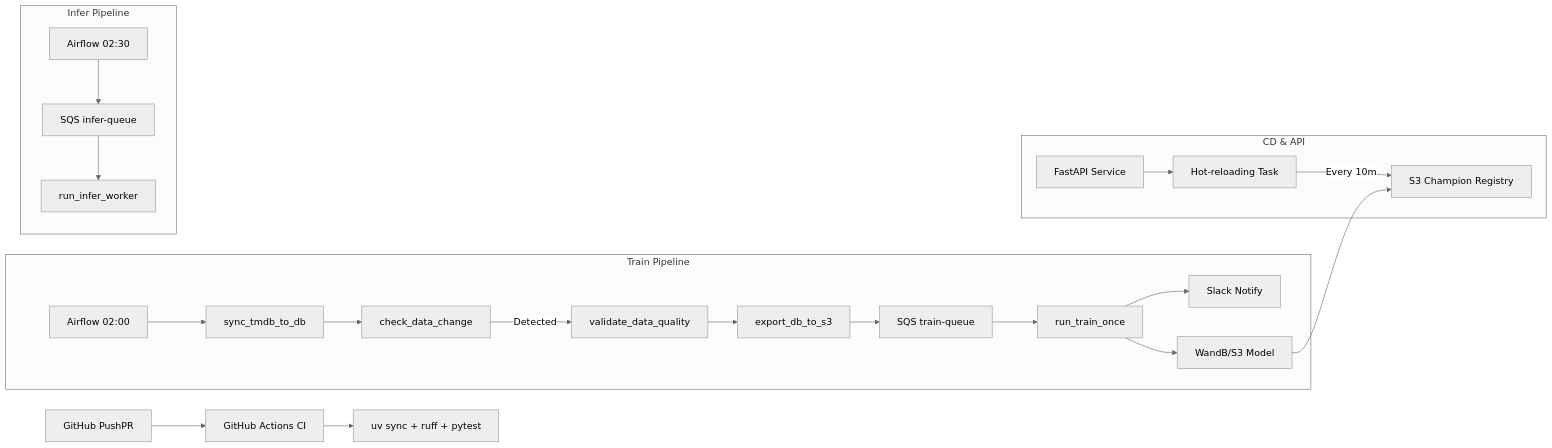
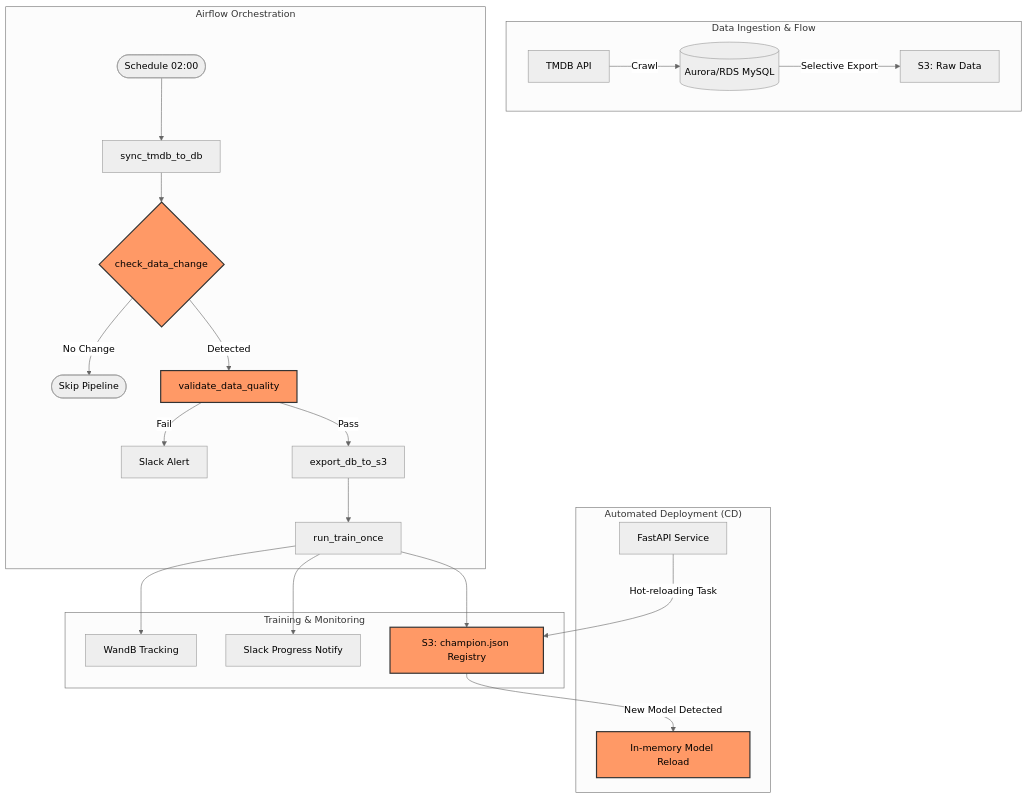
One commit to AIBootcamp24th/mlops-mlops-team-3 changed the diagram in README.md. Above: the diagram before and after it, drawn with Mermaid (neutral theme). The commit also changed other lines of this file, not shown here.

Commit message:
docs: replace README with specialized MLOps pipeline documentation

````diff
--- a/README.md
+++ b/README.md
@@ -56,27 +7,31 @@
 ```mermaid
-graph LR
-  gitPush[GitHub PushPR] --> ci[GitHub Actions CI]
-  ci --> ciCheck[uv sync + ruff + pytest]
-  
-  subgraph Train Pipeline
-    trainSchedule[Airflow 02:00] --> syncDb[sync_tmdb_to_db]
-    syncDb --> checkChange[check_data_change]
-    checkChange -- "Detected" --> valQual[validate_data_quality]
-    valQual --> exportS3[export_db_to_s3]
-    exportS3 --> trainQueue[SQS train-queue]
-    trainQueue --> trainWorker[run_train_once]
-    trainWorker --> slack[Slack Notify]
-    trainWorker --> wandb[WandB/S3 Model]
-  end
+graph TD
+    subgraph "Data Ingestion & Flow"
+        TMDB[TMDB API] -- "Crawl" --> RDS[(Aurora/RDS MySQL)]
+        RDS -- "Selective Export" --> S3_Raw[S3: Raw Data]
+    end
 
-  subgraph CD & API
-    api[FastAPI Service] --> reload[Hot-reloading Task]
-    reload -- "Every 10m" --> champion[S3 Champion Registry]
-    wandb --> champion
-  end
+    subgraph "Airflow Orchestration"
+        Start([Schedule 02:00]) --> Sync[sync_tmdb_to_db]
+        Sync --> ChangeDet{check_data_change}
+        ChangeDet -- "No Change" --> Skip([Skip Pipeline])
+        ChangeDet -- "Detected" --> Quality[validate_data_quality]
+        Quality -- "Fail" --> Slack_Fail[Slack Alert]
+        Quality -- "Pass" --> Export[export_db_to_s3]
+        Export --> Train[run_train_once]
+    end
 
-  subgraph Infer Pipeline
-    inferSchedule[Airflow 02:30] --> inferQueue[SQS infer-queue]
-    inferQueue --> inferWorker[run_infer_worker]
-  end
+    subgraph "Training & Monitoring"
+        Train --> WB[WandB Tracking]
+        Train --> Slack_Success[Slack Progress Notify]
+        Train --> Registry[S3: champion.json Registry]
+    end
+
+    subgraph "Automated Deployment (CD)"
+        API[FastAPI Service] -- "Hot-reloading Task" --> Registry
+        Registry -- "New Model Detected" --> Load[In-memory Model Reload]
+    end
+
+    classDef highlight fill:#f96,stroke:#333,stroke-width:2px;
+    class ChangeDet,Quality,Registry,Load highlight;
 ```
````
